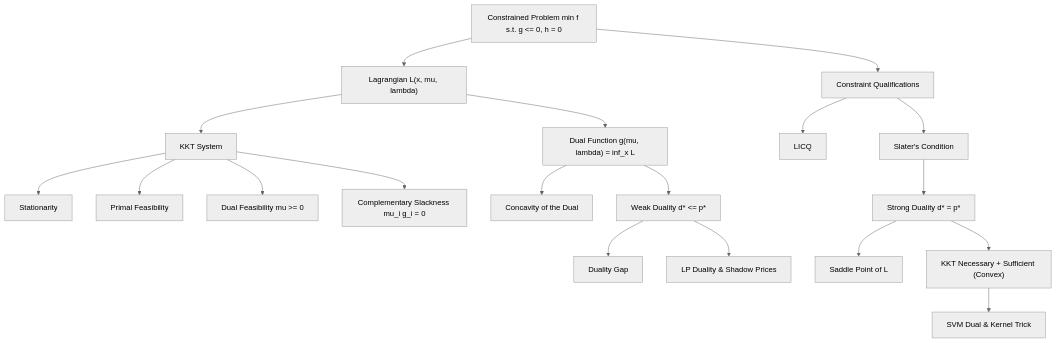
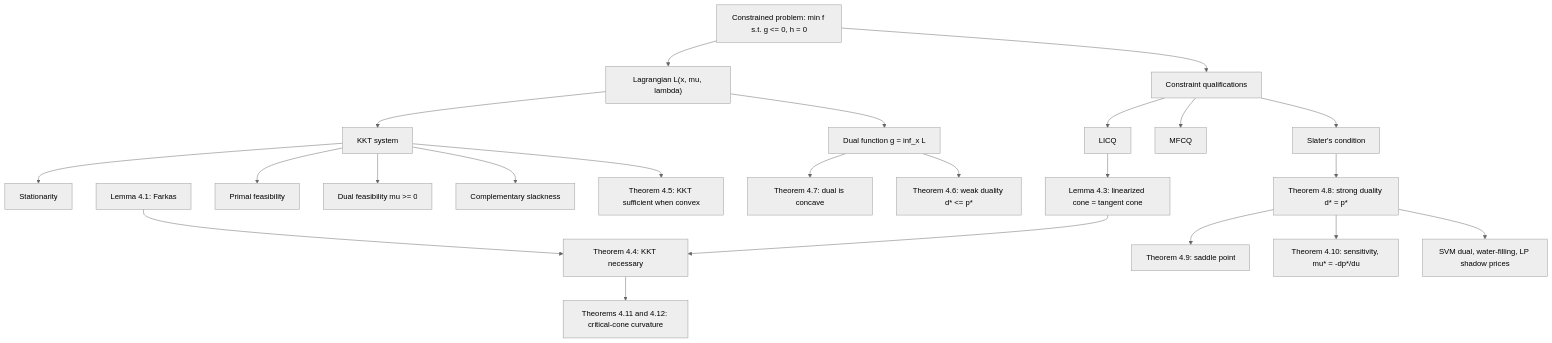
Before and after one commit to hien078/applied-mathematics-foundation: the diagram in optimization/06_kkt_conditions_and_duality/README.md, drawn with Mermaid (neutral theme). The commit also changed other lines of this file and 150 other files, not shown here.

````diff
--- a/optimization/06_kkt_conditions_and_duality/README.md
+++ b/optimization/06_kkt_conditions_and_duality/README.md
@@ -26,21 +38,25 @@
 ```mermaid
 graph TD
-    A["Constrained Problem min f s.t. g <= 0, h = 0"] --> B["Lagrangian L(x, mu, lambda)"]
-    B --> C["KKT System"]
+    A["Constrained problem: min f s.t. g <= 0, h = 0"] --> B["Lagrangian L(x, mu, lambda)"]
+    A --> D["Constraint qualifications"]
+    D --> D1["LICQ"]
+    D --> D2["MFCQ"]
+    D --> D3["Slater's condition"]
+    D1 --> LM["Lemma 4.3: linearized cone = tangent cone"]
+    F["Lemma 4.1: Farkas"] --> T1["Theorem 4.4: KKT necessary"]
+    LM --> T1
+    B --> C["KKT system"]
     C --> C1["Stationarity"]
-    C --> C2["Primal Feasibility"]
-    C --> C3["Dual Feasibility mu >= 0"]
-    C --> C4["Complementary Slackness mu_i g_i = 0"]
-    A --> D["Constraint Qualifications"]
-    D --> D1["LICQ"]
-    D --> D2["Slater's Condition"]
-    B --> E["Dual Function g(mu, lambda) = inf_x L"]
-    E --> F["Concavity of the Dual"]
-    E --> G["Weak Duality d* <= p*"]
-    G --> H["Duality Gap"]
-    D2 --> I["Strong Duality d* = p*"]
-    I --> J["Saddle Point of L"]
-    I --> K["KKT Necessary + Sufficient (Convex)"]
-    K --> L["SVM Dual & Kernel Trick"]
-    G --> M["LP Duality & Shadow Prices"]
+    C --> C2["Primal feasibility"]
+    C --> C3["Dual feasibility mu >= 0"]
+    C --> C4["Complementary slackness"]
+    B --> E["Dual function g = inf_x L"]
+    E --> T7["Theorem 4.7: dual is concave"]
+    E --> T6["Theorem 4.6: weak duality d* <= p*"]
+    D3 --> T8["Theorem 4.8: strong duality d* = p*"]
+    T8 --> T9["Theorem 4.9: saddle point"]
+    T8 --> T10["Theorem 4.10: sensitivity, mu* = -dp*/du"]
+    C --> T5["Theorem 4.5: KKT sufficient when convex"]
+    T1 --> SO["Theorems 4.11 and 4.12: critical-cone curvature"]
+    T8 --> APP["SVM dual, water-filling, LP shadow prices"]
 ```
````
